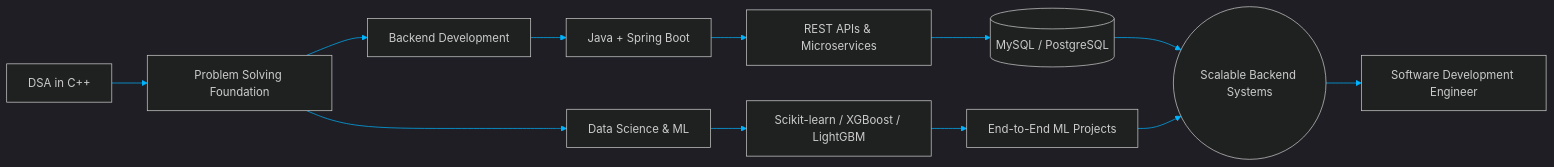
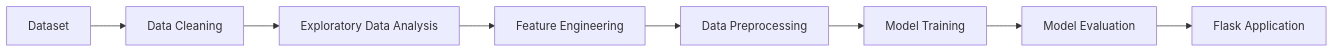
The second of 2 diagrams in README.md (aryanmishra1182-byte/aryanmishra1182-byte), drawn with Mermaid before and after one commit. The commit also changed other lines of this file, not shown here.

````diff
--- a/README.md
+++ b/README.md
@@ -124,15 +575,33 @@
 ```mermaid
-%%{init: {'theme':'dark', 'themeVariables': { 'primaryColor': '#0d1117', 'primaryTextColor': '#00FF9C', 'primaryBorderColor': '#00FF9C', 'lineColor': '#00B4FF', 'secondaryColor': '#0d1117', 'tertiaryColor': '#0d1117'}}}%%
 flowchart LR
-    A[DSA in C++] --> B[Problem Solving Foundation]
-    B --> C[Backend Development]
-    C --> D[Java + Spring Boot]
-    D --> E[REST APIs & Microservices]
-    E --> F[(MySQL / PostgreSQL)]
-    B --> G[Data Science & ML]
-    G --> H[Scikit-learn / XGBoost / LightGBM]
-    H --> I[End-to-End ML Projects]
-    F --> J((Scalable Backend Systems))
-    I --> J
-    J --> K[Software Development Engineer]
+
+    A[Dataset]
+
+    B[Data Cleaning]
+
+    C[Exploratory Data Analysis]
+
+    D[Feature Engineering]
+
+    E[Data Preprocessing]
+
+    F[Model Training]
+
+    G[Model Evaluation]
+
+    H[Flask Application]
+
+    A --> B
+
+    B --> C
+
+    C --> D
+
+    D --> E
+
+    E --> F
+
+    F --> G
+
+    G --> H
 ```
````
